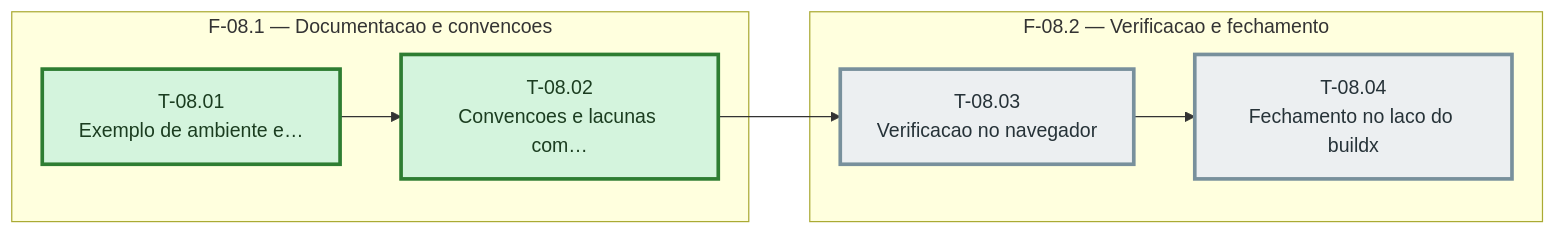
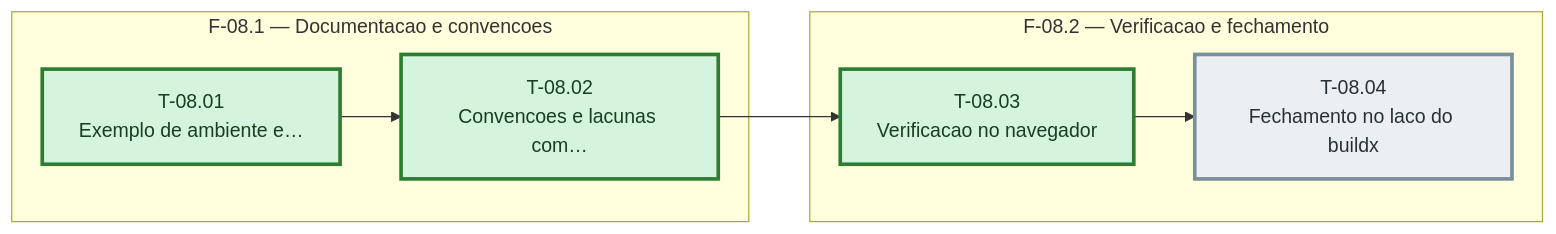
One commit to bittencourtthulio/converse-chatbot changed the diagram in docs/operacao-e-backup/sprint-08/fases.md. Above: the diagram before and after it, drawn with Mermaid. The commit also changed other lines of this file and 2 other files, not shown here.

Commit message:
feat(FT-11): T-08.03 verificação no navegador
Registra o que foi visto e o que não foi na tela Sistema, no backup e nas páginas de erro.

Task: T-08.03
Trabalho: operacao-e-backup
Testes: verificação manual por CDP; suíte completa no fechamento

````diff
--- a/docs/operacao-e-backup/sprint-08/fases.md
+++ b/docs/operacao-e-backup/sprint-08/fases.md
@@ -31,27 +31,27 @@
 ```mermaid
 %% Grafo de tasks — sprint-08 — gerado pela sprintx a partir de tasks.md
 flowchart LR
   subgraph fase_08_1["F-08.1 — Documentacao e convencoes"]
     T_08_01["T-08.01<br/>Exemplo de ambiente e…"]
     T_08_02["T-08.02<br/>Convencoes e lacunas com…"]
   end
   subgraph fase_08_2["F-08.2 — Verificacao e fechamento"]
     T_08_03["T-08.03<br/>Verificacao no navegador"]
     T_08_04["T-08.04<br/>Fechamento no laco do buildx"]
   end
   T_08_01 --> T_08_02
   T_08_02 --> T_08_03
   T_08_03 --> T_08_04
 
   classDef concluida fill:#d4f4dd,stroke:#2e7d32,color:#1b3d20
   classDef andamento fill:#fff3cd,stroke:#b8860b,color:#4a3800
   classDef bloqueada fill:#f8d7da,stroke:#c62828,color:#4a1d1f
   classDef pendente  fill:#eceff1,stroke:#78909c,color:#263238
   classDef critico   stroke-width:3px
 
   class T_08_01 concluida
   class T_08_02 concluida
-  class T_08_03 pendente
+  class T_08_03 concluida
   class T_08_04 pendente
   class T_08_04,T_08_03,T_08_02,T_08_01 critico
 ```
````
